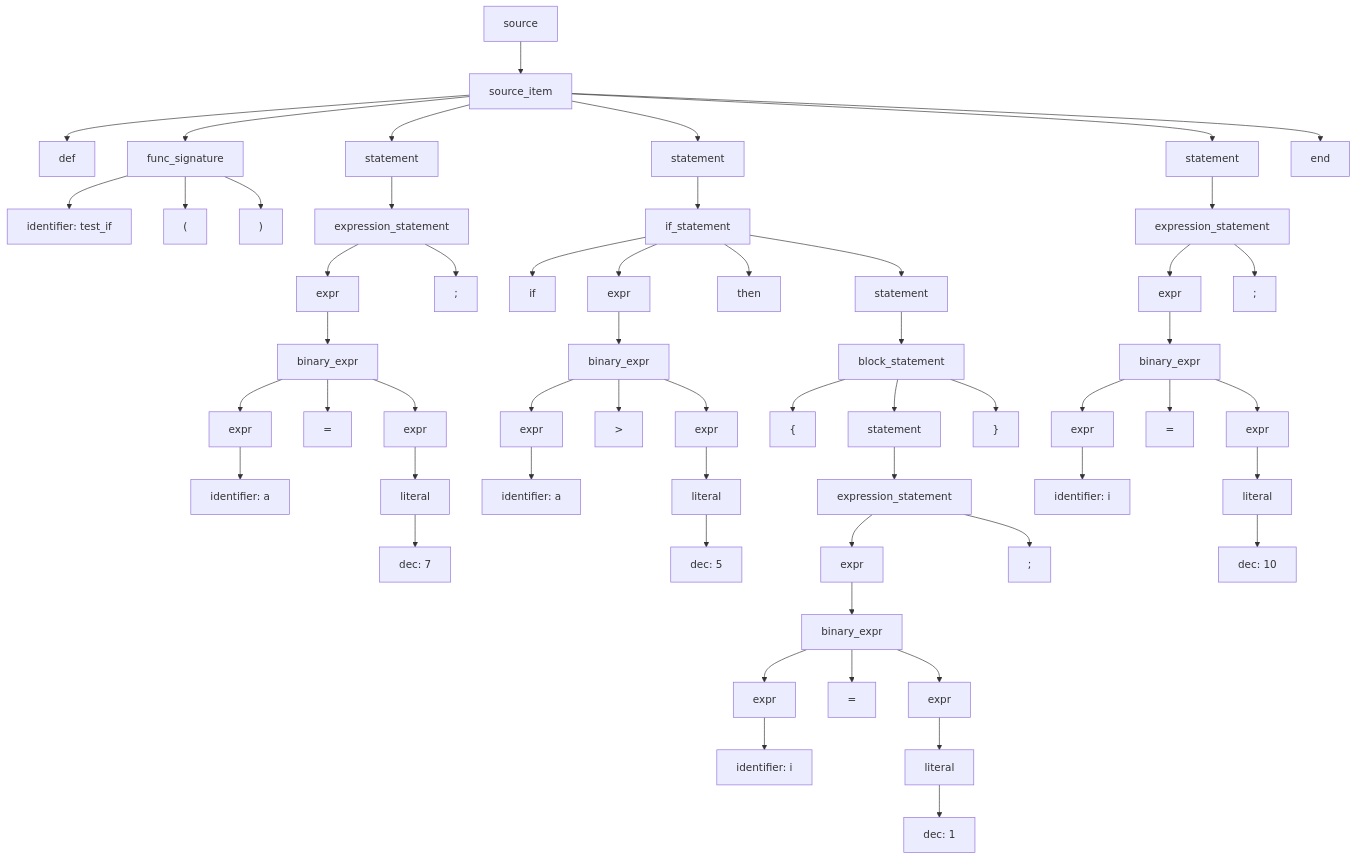
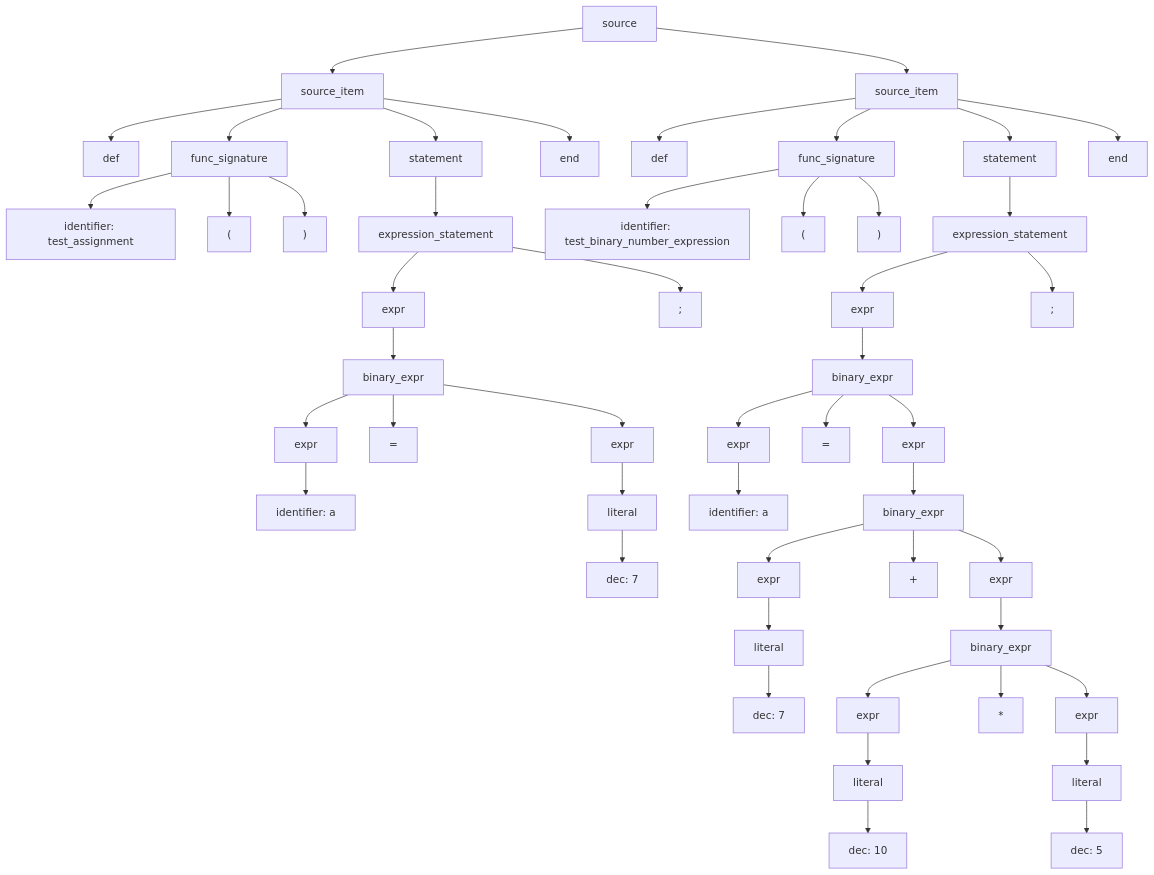
One commit to ErnandesDaniel/system-software-lab-2 changed the diagram in ast.mmd. Above: the diagram before and after it, drawn with Mermaid. The commit also changed 3 other files, not shown here.

```diff
--- a/ast.mmd
+++ b/ast.mmd
@@ -1,114 +1,98 @@
 graph TD;
 N0["source"]
 N1["source_item"]
 N0 --> N1
 N2["def"]
 N1 --> N2
 N3["func_signature"]
 N1 --> N3
-N4["identifier: test_if"]
+N4["identifier: test_assignment"]
 N3 --> N4
 N5["("]
 N3 --> N5
 N6[")"]
 N3 --> N6
 N7["statement"]
 N1 --> N7
 N8["expression_statement"]
 N7 --> N8
 N9["expr"]
 N8 --> N9
 N10["binary_expr"]
 N9 --> N10
 N11["expr"]
 N10 --> N11
 N12["identifier: a"]
 N11 --> N12
 N13["="]
 N10 --> N13
 N14["expr"]
 N10 --> N14
 N15["literal"]
 N14 --> N15
 N16["dec: 7"]
 N15 --> N16
 N17[";"]
 N8 --> N17
-N18["statement"]
+N18["end"]
 N1 --> N18
-N19["if_statement"]
-N18 --> N19
-N20["if"]
+N19["source_item"]
+N0 --> N19
+N20["def"]
 N19 --> N20
-N21["expr"]
+N21["func_signature"]
 N19 --> N21
-N22["binary_expr"]
+N22["identifier: test_binary_number_expression"]
 N21 --> N22
-N23["expr"]
-N22 --> N23
-N24["identifier: a"]
-N23 --> N24
-N25[">"]
-N22 --> N25
-N26["expr"]
-N22 --> N26
-N27["literal"]
+N23["("]
+N21 --> N23
+N24[")"]
+N21 --> N24
+N25["statement"]
+N19 --> N25
+N26["expression_statement"]
+N25 --> N26
+N27["expr"]
 N26 --> N27
-N28["dec: 5"]
+N28["binary_expr"]
 N27 --> N28
-N29["then"]
-N19 --> N29
-N30["statement"]
-N19 --> N30
-N31["block_statement"]
-N30 --> N31
-N32["{"]
-N31 --> N32
-N33["statement"]
-N31 --> N33
-N34["expression_statement"]
+N29["expr"]
+N28 --> N29
+N30["identifier: a"]
+N29 --> N30
+N31["="]
+N28 --> N31
+N32["expr"]
+N28 --> N32
+N33["binary_expr"]
+N32 --> N33
+N34["expr"]
 N33 --> N34
-N35["expr"]
+N35["literal"]
 N34 --> N35
-N36["binary_expr"]
+N36["dec: 7"]
 N35 --> N36
-N37["expr"]
-N36 --> N37
-N38["identifier: i"]
-N37 --> N38
-N39["="]
-N36 --> N39
+N37["+"]
+N33 --> N37
+N38["expr"]
+N33 --> N38
+N39["binary_expr"]
+N38 --> N39
 N40["expr"]
-N36 --> N40
+N39 --> N40
 N41["literal"]
 N40 --> N41
-N42["dec: 1"]
+N42["dec: 10"]
 N41 --> N42
-N43[";"]
-N34 --> N43
-N44["}"]
-N31 --> N44
-N45["statement"]
-N1 --> N45
-N46["expression_statement"]
+N43["*"]
+N39 --> N43
+N44["expr"]
+N39 --> N44
+N45["literal"]
+N44 --> N45
+N46["dec: 5"]
 N45 --> N46
-N47["expr"]
-N46 --> N47
-N48["binary_expr"]
-N47 --> N48
-N49["expr"]
-N48 --> N49
-N50["identifier: i"]
-N49 --> N50
-N51["="]
-N48 --> N51
-N52["expr"]
-N48 --> N52
-N53["literal"]
-N52 --> N53
-N54["dec: 10"]
-N53 --> N54
-N55[";"]
-N46 --> N55
-N56["end"]
-N1 --> N56
+N47[";"]
+N26 --> N47
+N48["end"]
+N19 --> N48
```
